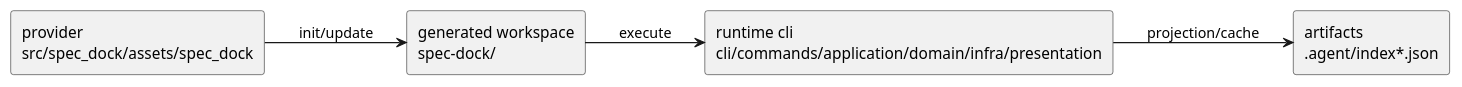
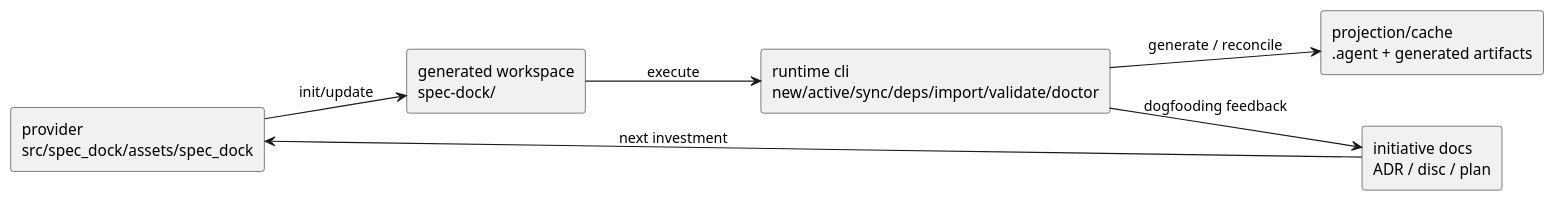
Before and after one commit to chemitaro/spec-dock: the diagram in spec-dock/initiatives/init-local-00001-dogfooding-prototype/design.md, drawn with PlantUML. The commit also changed other lines of this file and 3 other files, not shown here.

````diff
--- a/spec-dock/initiatives/init-local-00001-dogfooding-prototype/design.md
+++ b/spec-dock/initiatives/init-local-00001-dogfooding-prototype/design.md
@@ -32,15 +31,18 @@
 ```plantuml
 @startuml
 skinparam monochrome true
 left to right direction
 
 rectangle "provider\nsrc/spec_dock/assets/spec_dock" as provider
 rectangle "generated workspace\nspec-dock/" as consumer
-rectangle "runtime cli\ncli/commands/application/domain/infra/presentation" as runtime
-rectangle "artifacts\n.agent/index*.json" as artifacts
+rectangle "runtime cli\nnew/active/sync/deps/import/validate/doctor" as runtime
+rectangle "projection/cache\n.agent + generated artifacts" as artifacts
+rectangle "initiative docs\nADR / disc / plan" as docs
 
 provider --> consumer : init/update
 consumer --> runtime : execute
-runtime --> artifacts : projection/cache
+runtime --> artifacts : generate / reconcile
+runtime --> docs : dogfooding feedback
+docs --> provider : next investment
 @enduml
 ```
````
